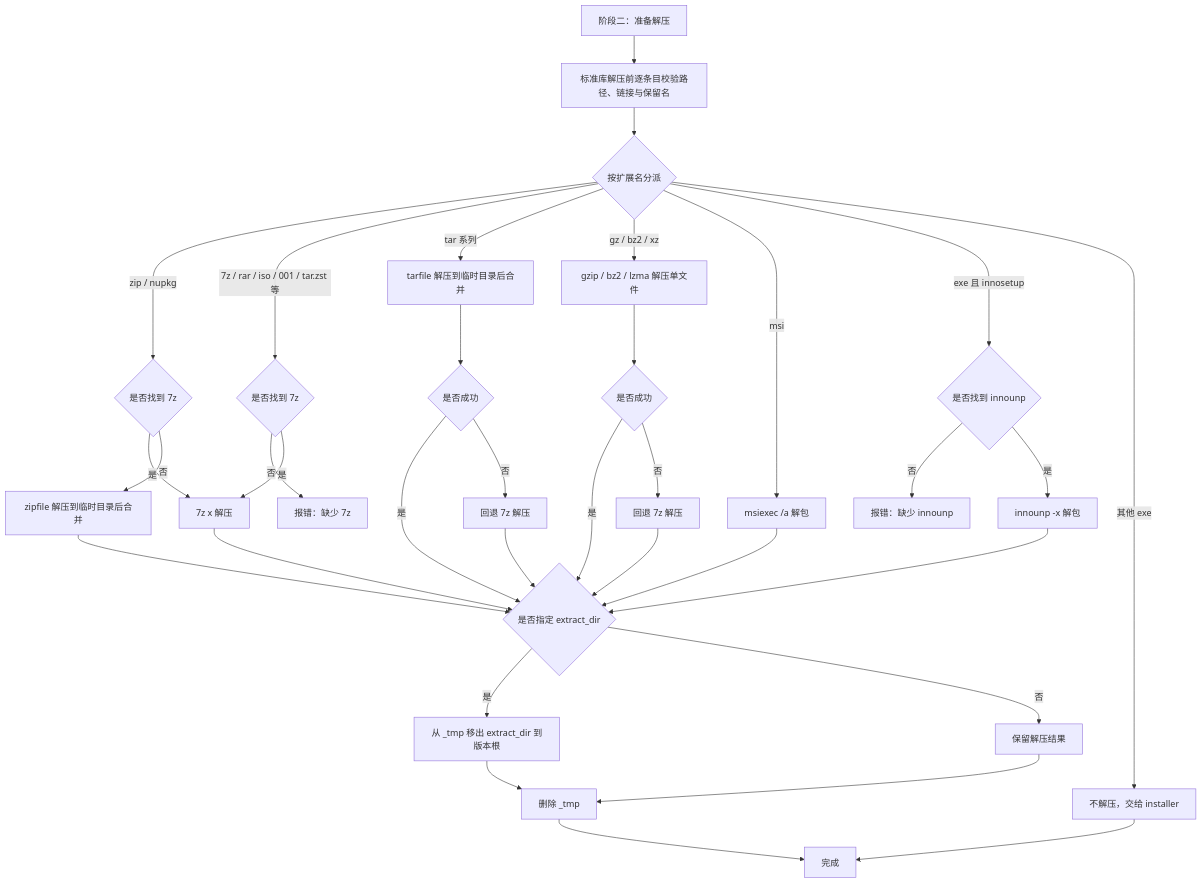
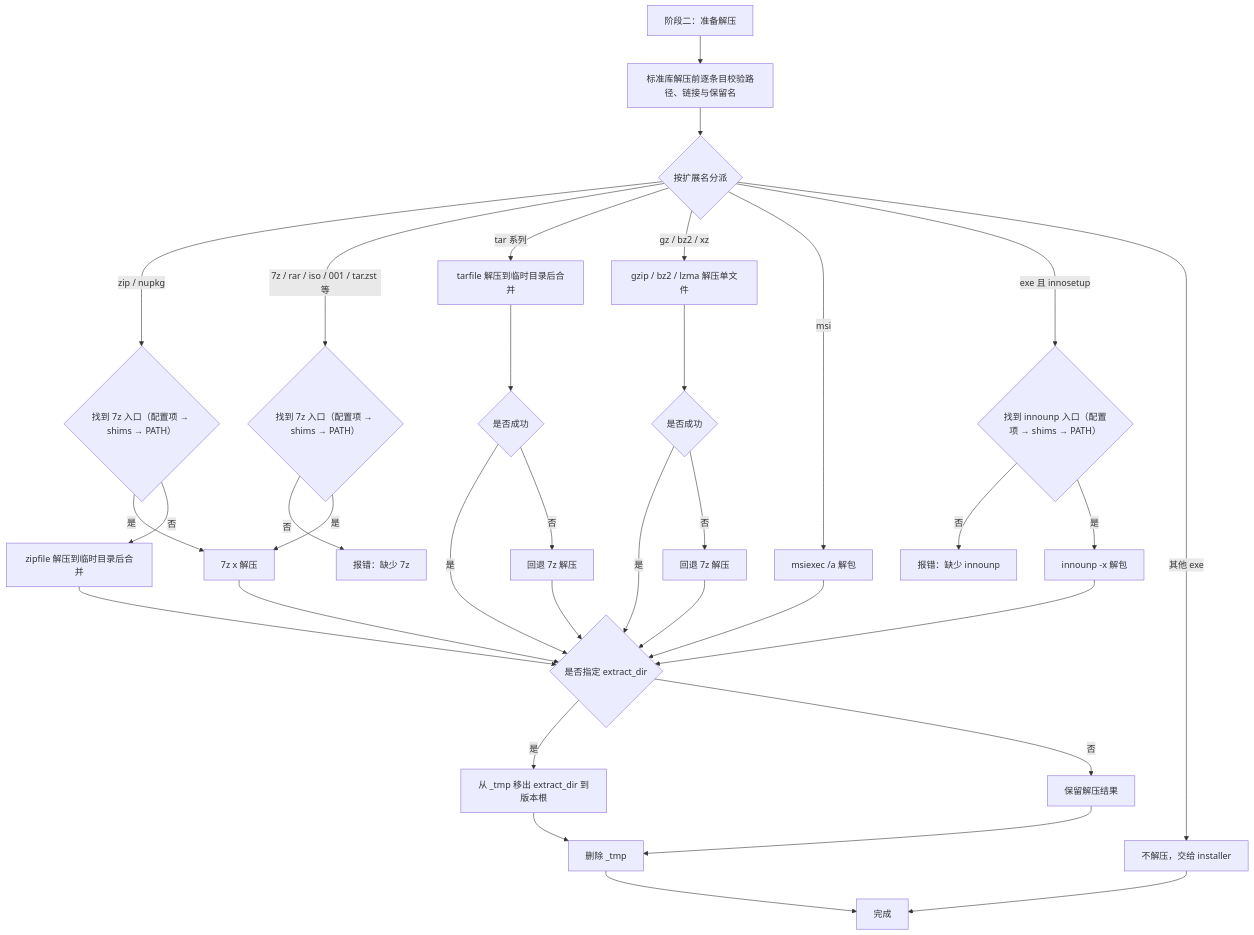
One commit to Adrts/APM changed diagram 13 of 14 in docs/design.md. Above: the diagram before and after it, drawn with Mermaid. The commit also changed other lines of this file and 4 other files, not shown here.

````diff
--- a/docs/design.md
+++ b/docs/design.md
@@ -1120,37 +1125,37 @@
 ```mermaid
 flowchart TD
     A["阶段二：准备解压"] --> V["标准库解压前逐条目校验路径、链接与保留名"]
     V --> B{"按扩展名分派"}
 
-    B -->|"zip / nupkg"| C{"是否找到 7z"}
+    B -->|"zip / nupkg"| C{"找到 7z 入口（配置项 → shims → PATH）"}
     C -->|"是"| D["7z x 解压"]
     C -->|"否"| E["zipfile 解压到临时目录后合并"]
-    B -->|"7z / rar / iso / 001 / tar.zst 等"| F{"是否找到 7z"}
+    B -->|"7z / rar / iso / 001 / tar.zst 等"| F{"找到 7z 入口（配置项 → shims → PATH）"}
     F -->|"否"| G["报错：缺少 7z"]
     F -->|"是"| D
     B -->|"tar 系列"| H["tarfile 解压到临时目录后合并"]
     H --> H1{"是否成功"}
     H1 -->|"是"| R
     H1 -->|"否"| H2["回退 7z 解压"]
     H2 --> R
     B -->|"gz / bz2 / xz"| S["gzip / bz2 / lzma 解压单文件"]
     S --> S1{"是否成功"}
     S1 -->|"是"| R
     S1 -->|"否"| S2["回退 7z 解压"]
     S2 --> R
     B -->|"msi"| I["msiexec /a 解包"]
     I --> R
-    B -->|"exe 且 innosetup"| J{"是否找到 innounp"}
+    B -->|"exe 且 innosetup"| J{"找到 innounp 入口（配置项 → shims → PATH）"}
     J -->|"否"| K["报错：缺少 innounp"]
     J -->|"是"| L["innounp -x 解包"]
     L --> R
     B -->|"其他 exe"| M["不解压，交给 installer"]
     M --> Z["完成"]
     D --> R
     E --> R
     R{"是否指定 extract_dir"} -->|"是"| N["从 _tmp 移出 extract_dir 到版本根"]
     R -->|"否"| O["保留解压结果"]
     N --> P["删除 _tmp"]
     O --> P
     P --> Z
 ```
````
